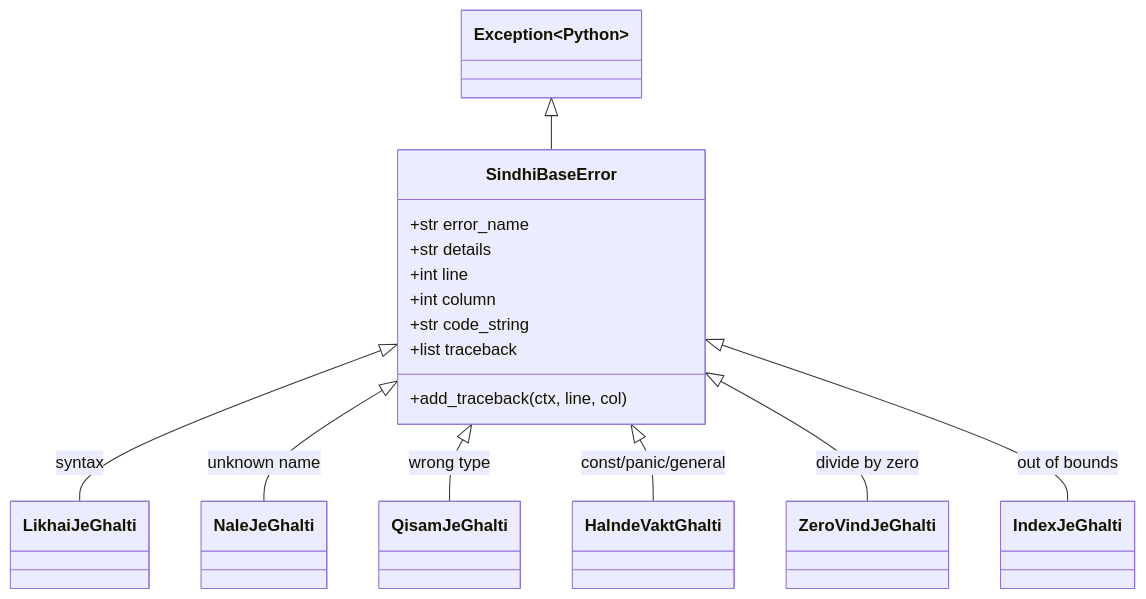
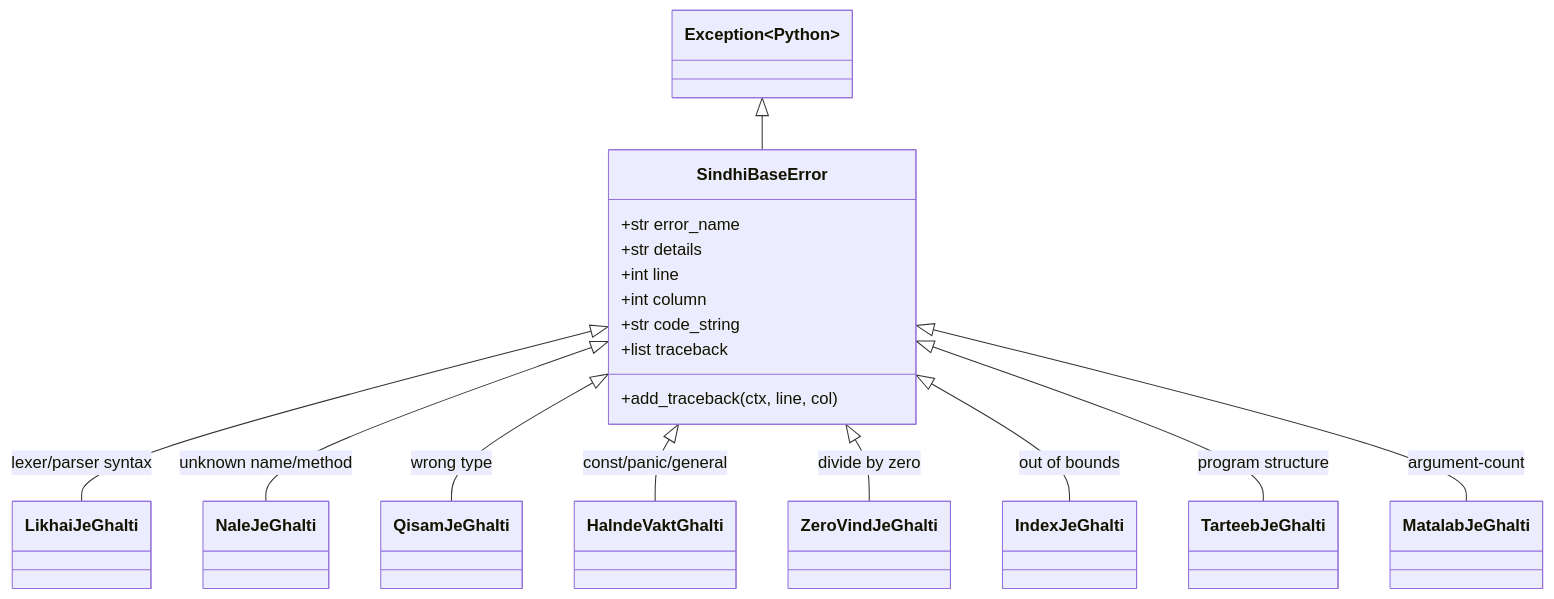
The second of 2 diagrams in book/src/errors-reporting.md (AmanatAliPanhwer/Sindlish), drawn with Mermaid before and after one commit. The commit also changed other lines of this file and 7 other files, not shown here.

````diff
--- a/book/src/errors-reporting.md
+++ b/book/src/errors-reporting.md
@@ -26,26 +26,30 @@
 ```mermaid
 classDiagram
     class Exception~Python~
     class SindhiBaseError {
         +str error_name
         +str details
         +int line
         +int column
         +str code_string
         +list traceback
         +add_traceback(ctx, line, col)
     }
     class LikhaiJeGhalti
     class NaleJeGhalti
     class QisamJeGhalti
     class HalndeVaktGhalti
     class ZeroVindJeGhalti
     class IndexJeGhalti
+    class TarteebJeGhalti
+    class MatalabJeGhalti
     Exception~Python~ <|-- SindhiBaseError
-    SindhiBaseError <|-- LikhaiJeGhalti : syntax
-    SindhiBaseError <|-- NaleJeGhalti : unknown name
+    SindhiBaseError <|-- LikhaiJeGhalti : lexer/parser syntax
+    SindhiBaseError <|-- NaleJeGhalti : unknown name/method
     SindhiBaseError <|-- QisamJeGhalti : wrong type
     SindhiBaseError <|-- HalndeVaktGhalti : const/panic/general
     SindhiBaseError <|-- ZeroVindJeGhalti : divide by zero
     SindhiBaseError <|-- IndexJeGhalti : out of bounds
+    SindhiBaseError <|-- TarteebJeGhalti : program structure
+    SindhiBaseError <|-- MatalabJeGhalti : argument-count
 ```
````
